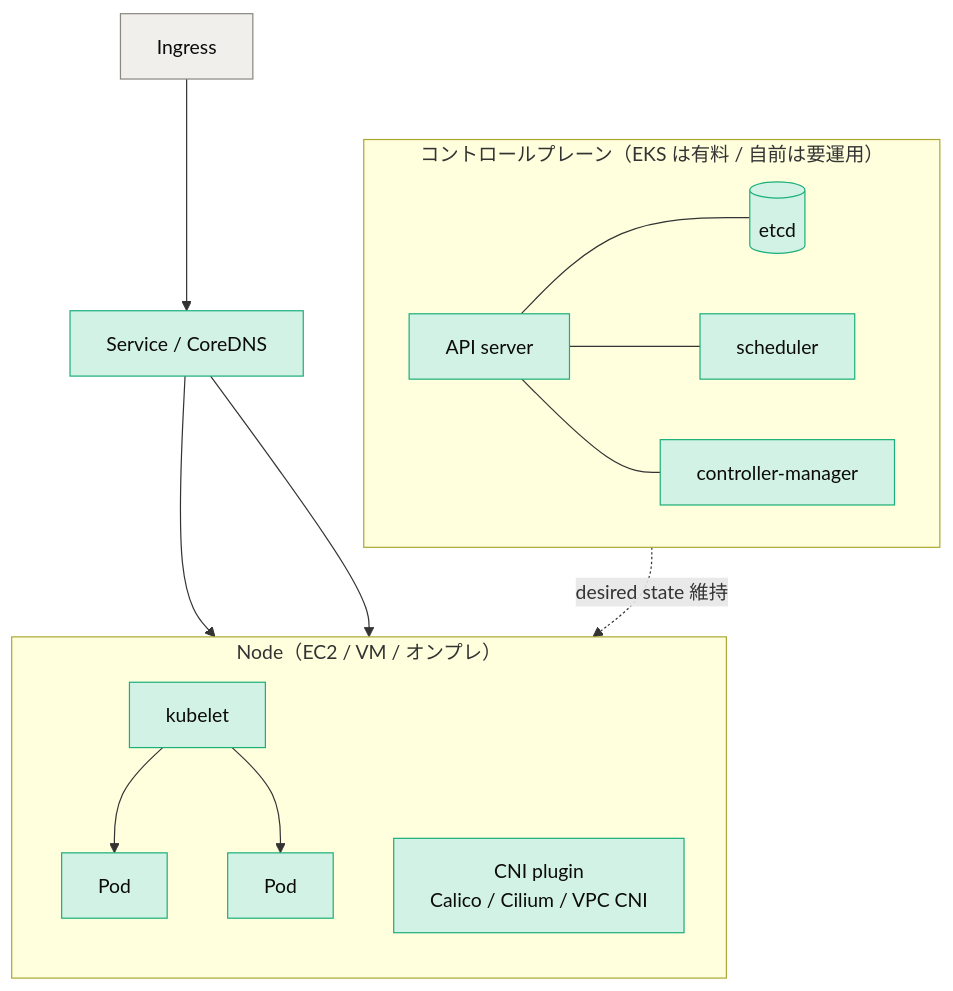
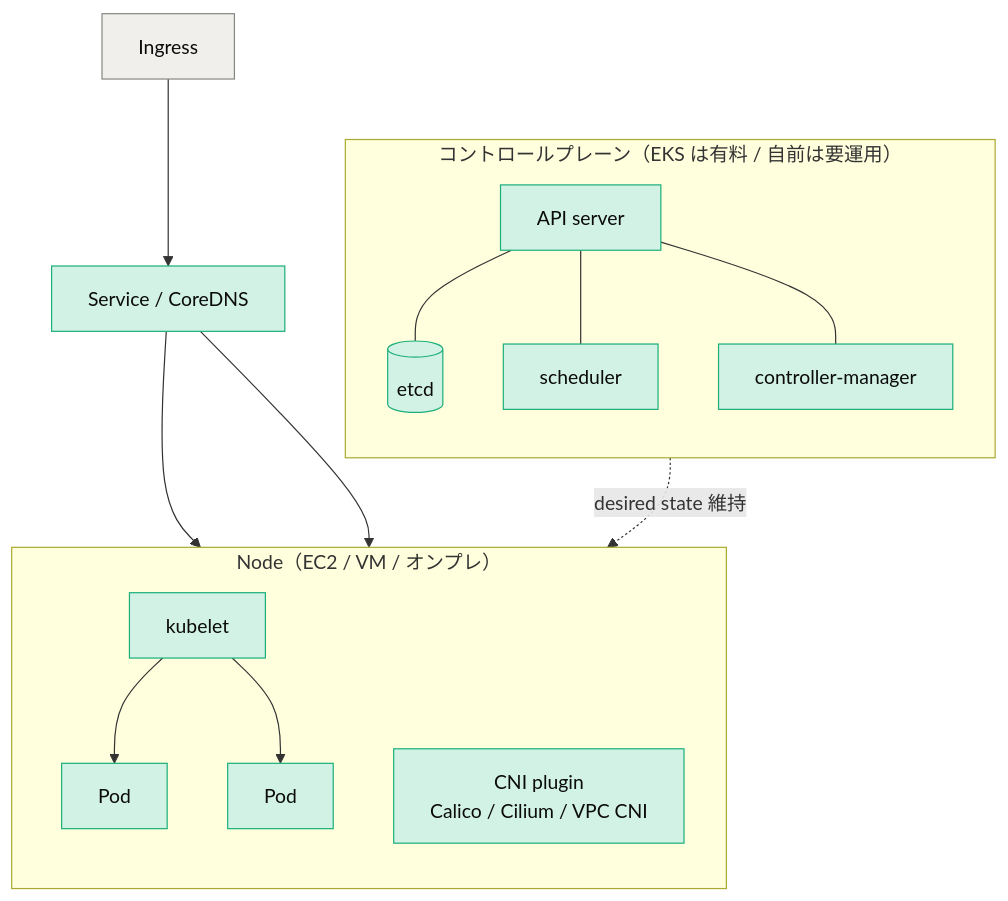
The third of 13 diagrams in public/ecs-vs-kubernetes.md (keitahigaki-prog/qiita-articles), drawn with Mermaid before and after one commit. The commit also changed other lines of this file, not shown here.

First line of the commit message:
Fix wide/clipped diagrams: switch side-by-side subgraphs to vertical stacking

````diff
--- a/public/ecs-vs-kubernetes.md
+++ b/public/ecs-vs-kubernetes.md
@@ -94,29 +94,29 @@
 ```mermaid
 flowchart TB
   ING["Ingress"]
   subgraph CP["コントロールプレーン（EKS は有料 / 自前は要運用）"]
-    direction LR
+    direction TB
     API["API server"]
     ETCD[("etcd")]
     SCH["scheduler"]
     CM["controller-manager"]
     API --- ETCD
     API --- SCH
     API --- CM
   end
   subgraph N1["Node（EC2 / VM / オンプレ）"]
     direction TB
     KL["kubelet"]
     CNI["CNI plugin<br/>Calico / Cilium / VPC CNI"]
     P1["Pod"]
     P2["Pod"]
     KL --> P1 & P2
   end
   SVC["Service / CoreDNS"]
   ING --> SVC --> P1 & P2
   API -. desired state 維持 .-> KL
   classDef k8s fill:#d3f2e6,stroke:#1baf7a,color:#0b0b0b;
   classDef neutral fill:#f0efec,stroke:#898781,color:#0b0b0b;
   class API,ETCD,SCH,CM,KL,CNI,P1,P2,SVC k8s;
   class ING neutral;
 ```
````
